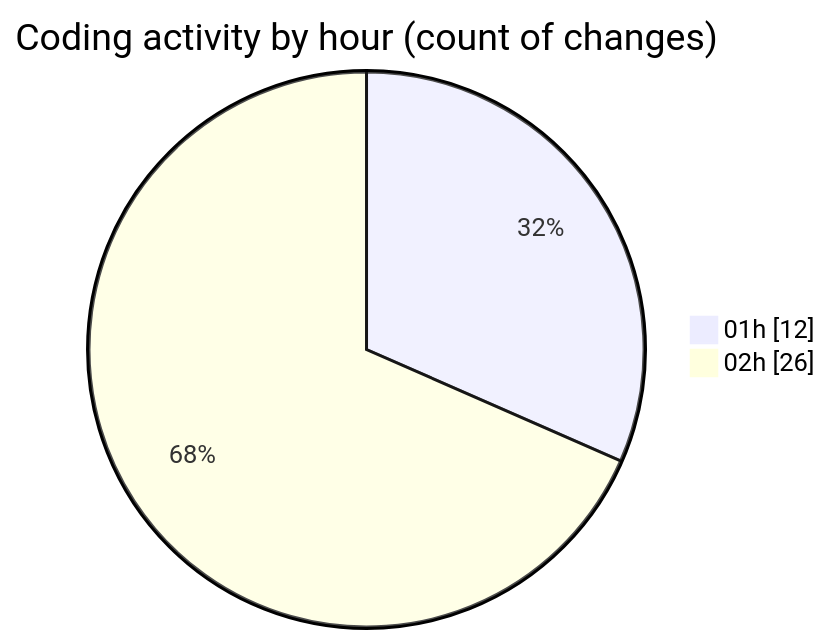
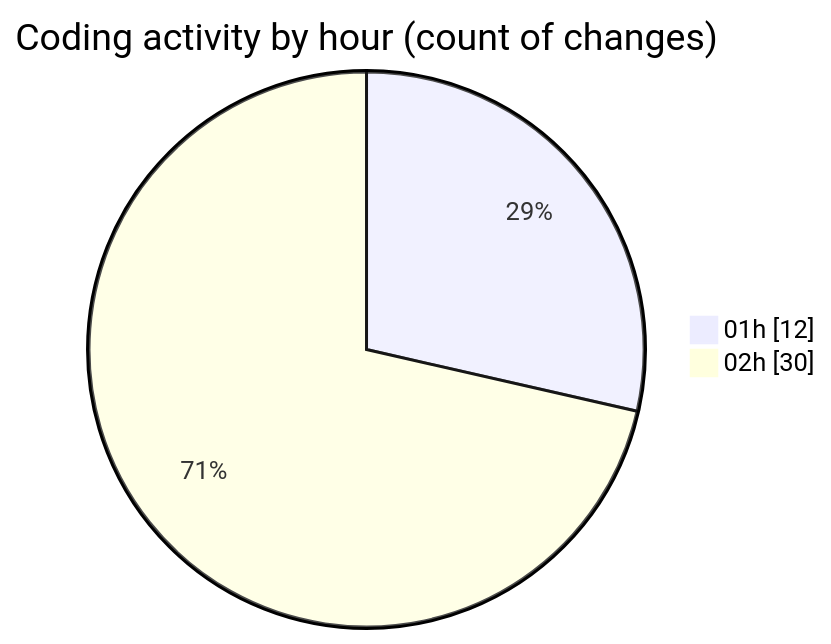
Before and after one commit to julien-gomy/code-tracking: the second of 2 diagrams in 2025-10-24/eventscop-frontend-guide__workspace_/README.md, drawn with Mermaid. The commit also changed other lines of this file and 1 other file, not shown here.

````diff
--- a/2025-10-24/eventscop-frontend-guide__workspace_/README.md
+++ b/2025-10-24/eventscop-frontend-guide__workspace_/README.md
@@ -46,6 +46,6 @@
 ```mermaid
 pie showData
 title Coding activity by hour (count of changes)
 "01h" : 12
-"02h" : 26
+"02h" : 30
 ```
````
